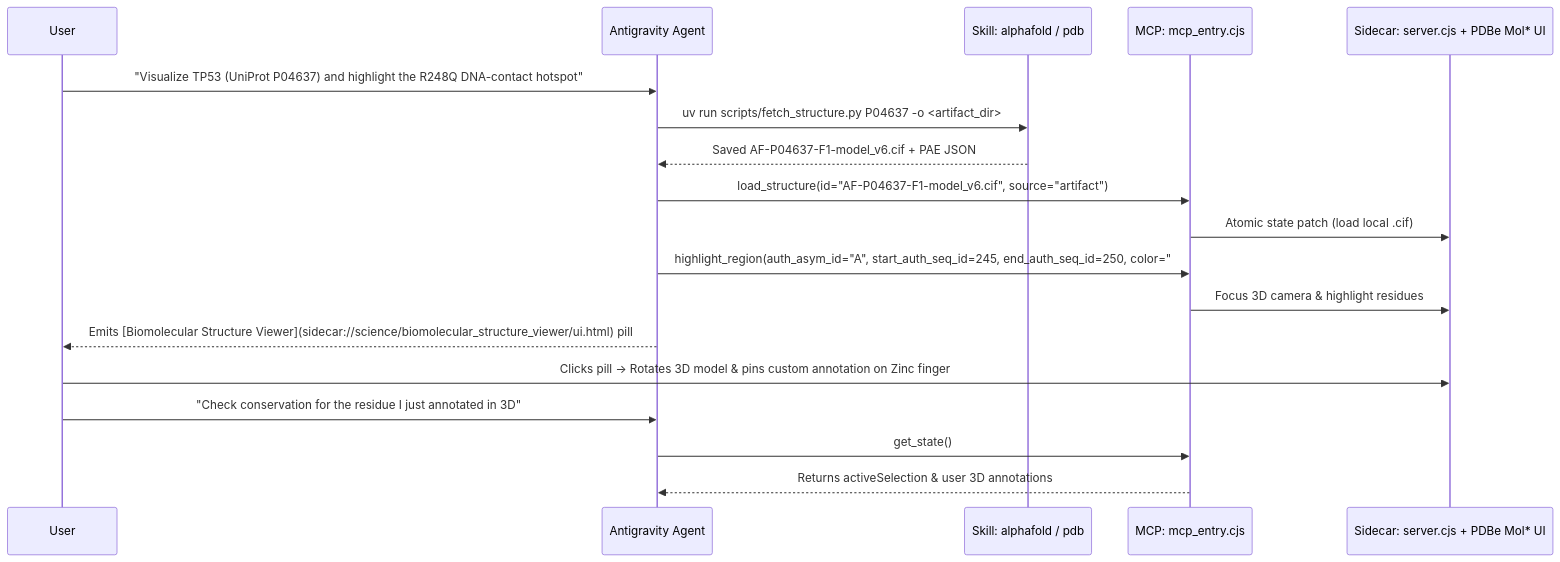
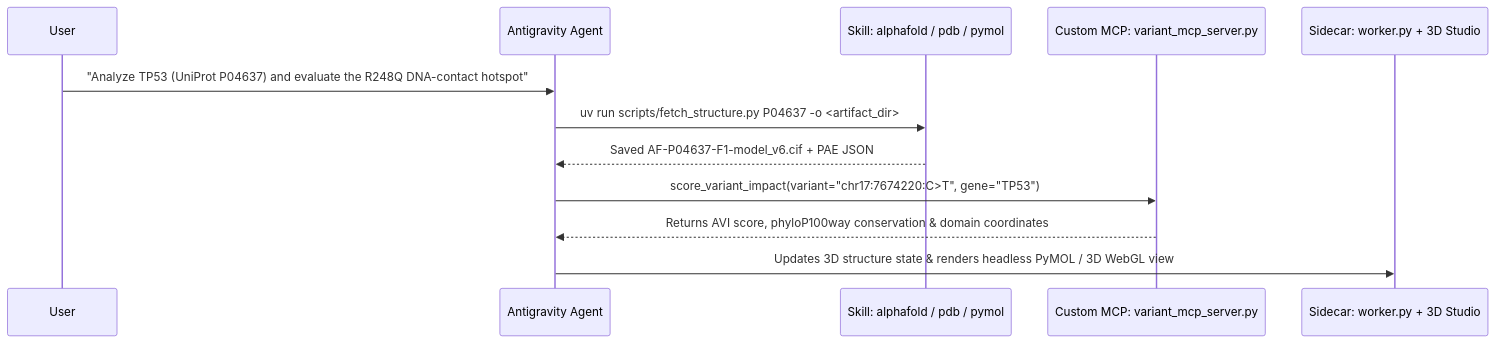
The second of 2 diagrams in DEVTO_ANTIGRAVITY_SCIENCE_PLUGIN_GUIDE.md (RobinaMirbahar/antigravity-science-plugin-cookbook), drawn with Mermaid before and after one commit. The commit also changed other lines of this file and 10 other files, not shown here.

````diff
--- a/DEVTO_ANTIGRAVITY_SCIENCE_PLUGIN_GUIDE.md
+++ b/DEVTO_ANTIGRAVITY_SCIENCE_PLUGIN_GUIDE.md
@@ -244,21 +222,15 @@
 ```mermaid
 sequenceDiagram
     participant User
     participant Agent as Antigravity Agent
-    participant AF as Skill: alphafold / pdb
-    participant MCP as MCP: mcp_entry.cjs
-    participant Sidecar as Sidecar: server.cjs + PDBe Mol* UI
+    participant AF as Skill: alphafold / pdb / pymol
+    participant MCP as Custom MCP: variant_mcp_server.py
+    participant Sidecar as Sidecar: worker.py + 3D Studio
 
-    User->>Agent: "Visualize TP53 (UniProt P04637) and highlight the R248Q DNA-contact hotspot"
+    User->>Agent: "Analyze TP53 (UniProt P04637) and evaluate the R248Q DNA-contact hotspot"
     Agent->>AF: uv run scripts/fetch_structure.py P04637 -o <artifact_dir>
     AF-->>Agent: Saved AF-P04637-F1-model_v6.cif + PAE JSON
-    Agent->>MCP: load_structure(id="AF-P04637-F1-model_v6.cif", source="artifact")
-    MCP->>Sidecar: Atomic state patch (load local .cif)
-    Agent->>MCP: highlight_region(auth_asym_id="A", start_auth_seq_id=245, end_auth_seq_id=250, color="#FF1744")
-    MCP->>Sidecar: Focus 3D camera & highlight residues
-    Agent-->>User: Emits [Biomolecular Structure Viewer](sidecar://science/biomolecular_structure_viewer/ui.html) pill
-    User->>Sidecar: Clicks pill -> Rotates 3D model & pins custom annotation on Zinc finger
-    User->>Agent: "Check conservation for the residue I just annotated in 3D"
-    Agent->>MCP: get_state()
-    MCP-->>Agent: Returns activeSelection & user 3D annotations
+    Agent->>MCP: score_variant_impact(variant="chr17:7674220:C>T", gene="TP53")
+    MCP-->>Agent: Returns AVI score, phyloP100way conservation & domain coordinates
+    Agent->>Sidecar: Updates 3D structure state & renders headless PyMOL / 3D WebGL view
 ```
````
